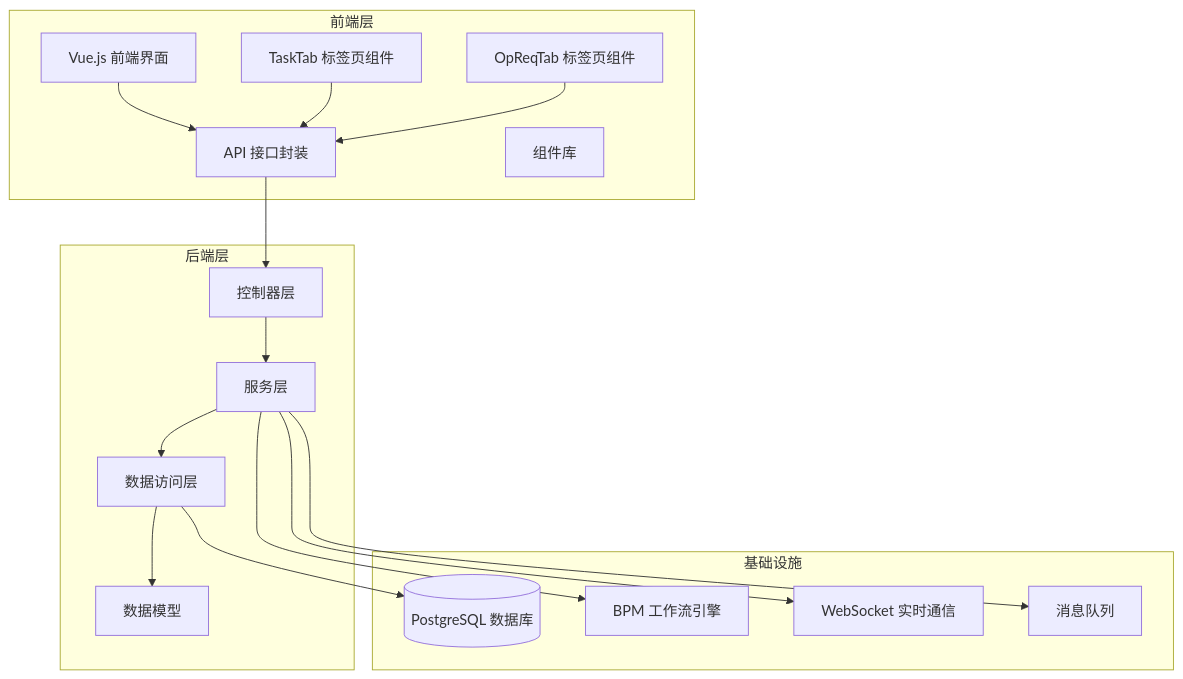
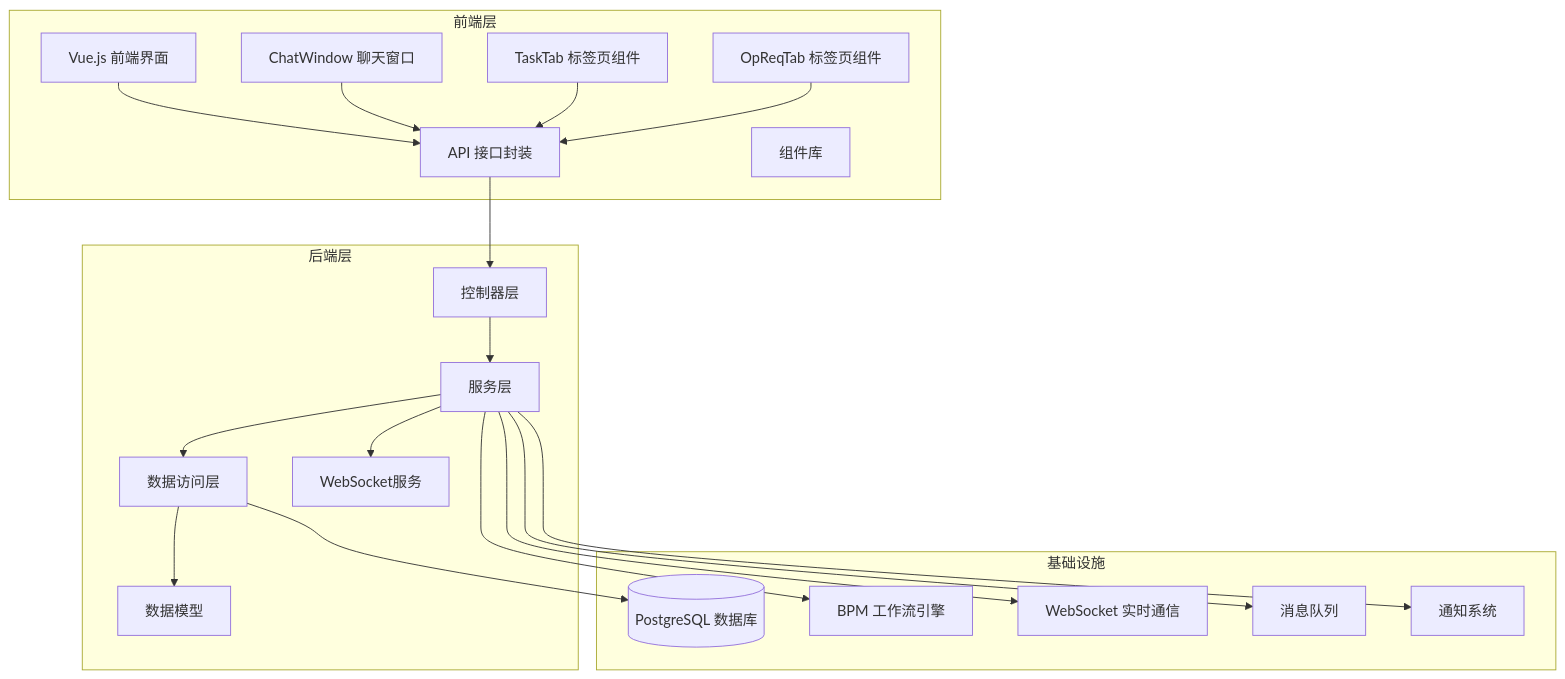
One commit to xiaoche80s-tech/rouyi-vue-pro changed the first of 16 diagrams in .qoder/repowiki/zh/content/核心模块/客户服务模块.md. Above: the diagram before and after it, drawn with Mermaid. The commit also changed other lines of this file and 598 other files, not shown here.

````diff
--- a/.qoder/repowiki/zh/content/核心模块/客户服务模块.md
+++ b/.qoder/repowiki/zh/content/核心模块/客户服务模块.md
@@ -49,33 +62,39 @@
 ```mermaid
 graph TB
 subgraph "前端层"
 FE_UI[Vue.js 前端界面]
 FE_API[API 接口封装]
 FE_COMPONENTS[组件库]
+FE_CHATWINDOW[ChatWindow 聊天窗口]
 FE_TASKTAB[TaskTab 标签页组件]
 FE_OPREQTAB[OpReqTab 标签页组件]
 end
 subgraph "后端层"
 BE_CONTROLLER[控制器层]
 BE_SERVICE[服务层]
 BE_DAL[数据访问层]
 BE_MODEL[数据模型]
+BE_WEBSOCKET[WebSocket服务]
 end
 subgraph "基础设施"
 DB[(PostgreSQL 数据库)]
 BPM[BPM 工作流引擎]
 WS[WebSocket 实时通信]
 MQ[消息队列]
+NOTIFY[通知系统]
 end
 FE_UI --> FE_API
 FE_API --> BE_CONTROLLER
+FE_CHATWINDOW --> FE_API
 FE_TASKTAB --> FE_API
 FE_OPREQTAB --> FE_API
 BE_CONTROLLER --> BE_SERVICE
 BE_SERVICE --> BE_DAL
+BE_SERVICE --> BE_WEBSOCKET
 BE_DAL --> BE_MODEL
 BE_DAL --> DB
 BE_SERVICE --> BPM
 BE_SERVICE --> WS
 BE_SERVICE --> MQ
+BE_SERVICE --> NOTIFY
 ```
````
